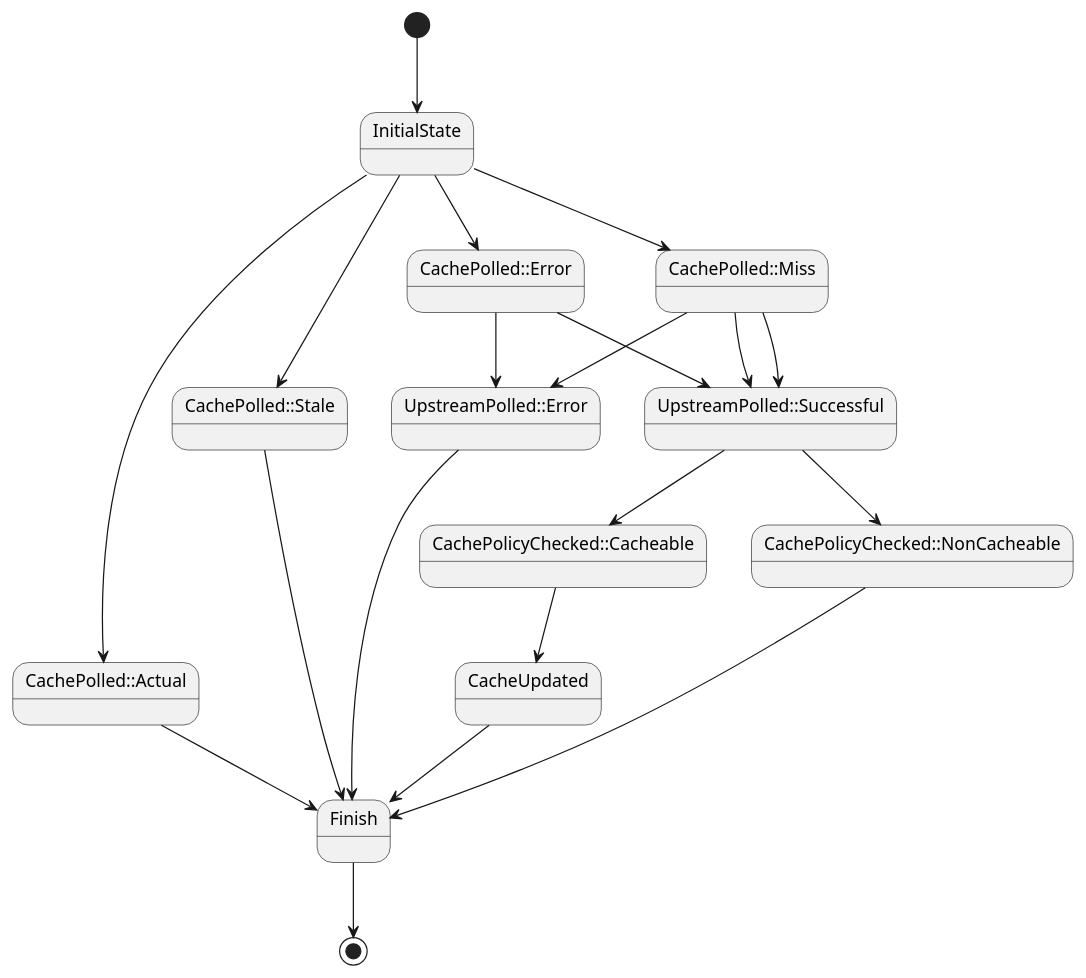
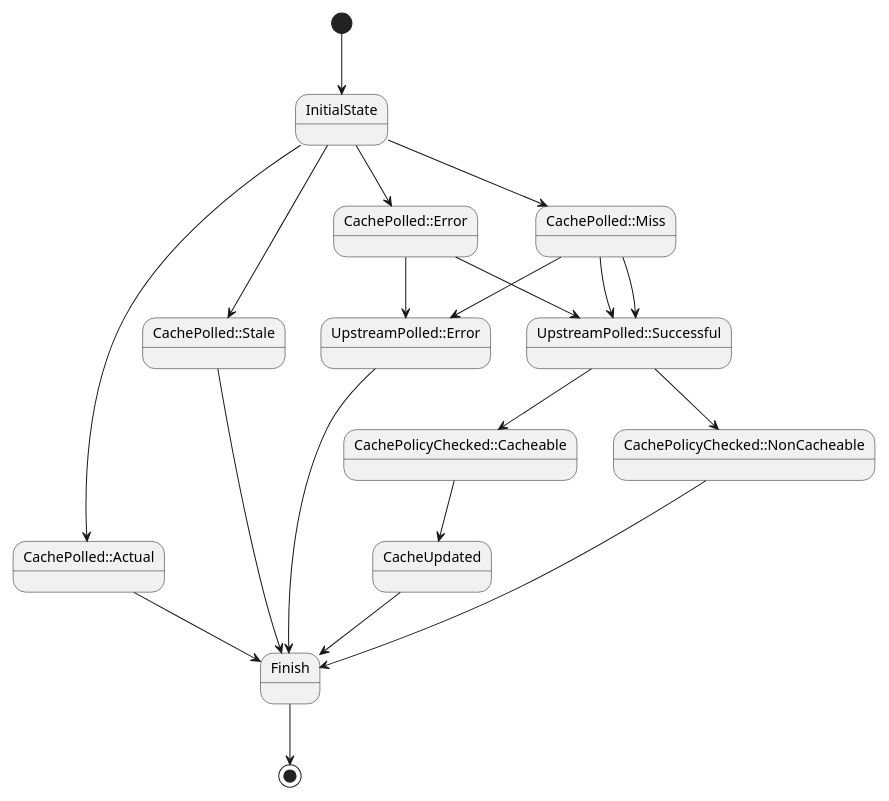
Before and after one commit to hit-box/hitbox: the diagram in hitbox/diagrams/only_cache.puml, drawn with PlantUML. The commit also changed 2 other files, not shown here.

Commit message:
issue-14: Update uml

```diff
--- a/hitbox/diagrams/only_cache.puml
+++ b/hitbox/diagrams/only_cache.puml
@@ -1,32 +1,33 @@
 @startuml
 'https://plantuml.com/state-diagram
 
+scale 700 width
 [*] --> InitialState
 
 InitialState --> CachePolled::Actual
 InitialState --> CachePolled::Stale
 InitialState --> CachePolled::Miss
 InitialState --> CachePolled::Error
 
 CachePolled::Actual --> Finish
 CachePolled::Stale --> Finish
 
 CachePolled::Miss --> UpstreamPolled::Successful
 CachePolled::Miss --> UpstreamPolled::Error
 
 CachePolled::Miss --> UpstreamPolled::Successful
 UpstreamPolled::Successful --> CachePolicyChecked::Cacheable
 UpstreamPolled::Successful --> CachePolicyChecked::NonCacheable
 
 CachePolled::Error --> UpstreamPolled::Successful
 CachePolled::Error --> UpstreamPolled::Error
 
 CachePolicyChecked::Cacheable --> CacheUpdated
 CachePolicyChecked::NonCacheable --> Finish
 UpstreamPolled::Error --> Finish
 
 CacheUpdated --> Finish
 
 Finish --> [*]
 
 @enduml
```
